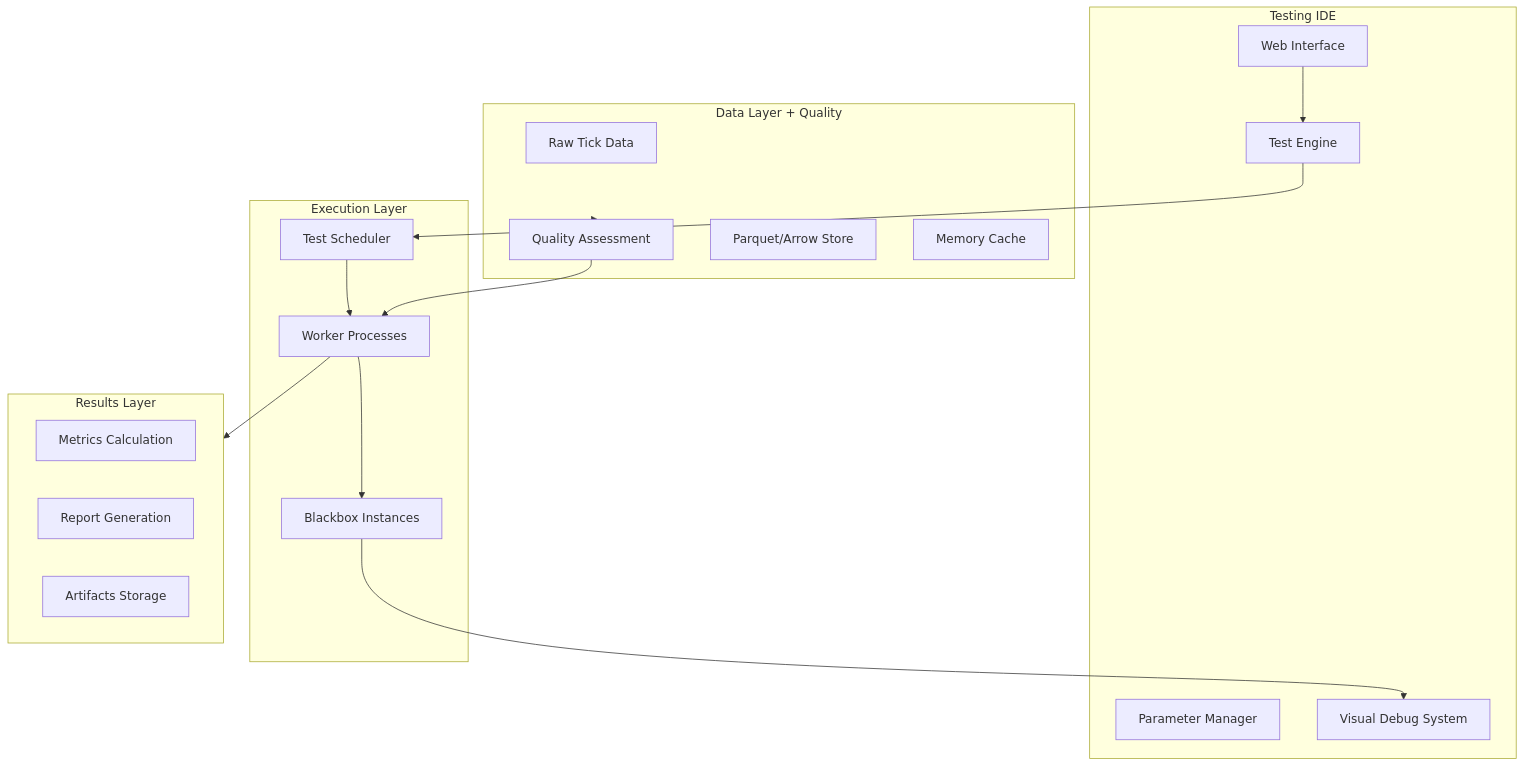
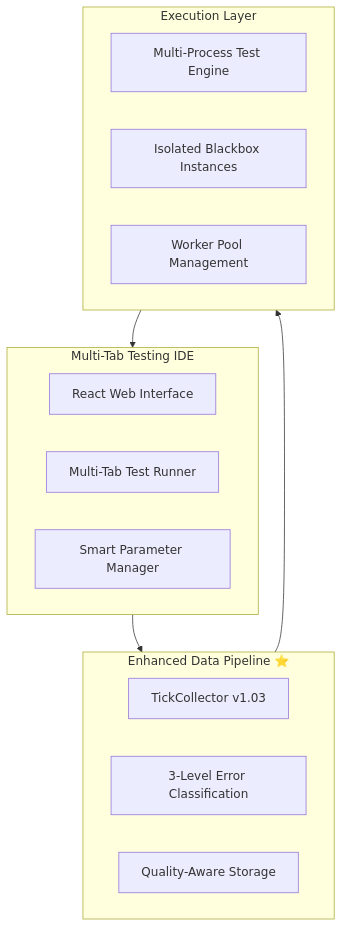
Before and after one commit to dc-deal/FiniexTestingIDE: the diagram in docs/finiex-complete-documentation.md, drawn with Mermaid. The commit also changed other lines of this file, not shown here.

````diff
--- a/docs/finiex-complete-documentation.md
+++ b/docs/finiex-complete-documentation.md
@@ -54,37 +47,24 @@
 ```mermaid
 flowchart TB
-    subgraph IDE["Testing IDE"]
-        UI[Web Interface]
-        Engine[Test Engine]
-        Params[Parameter Manager]
-        Visual[Visual Debug System]
+    subgraph IDE["Multi-Tab Testing IDE"]
+        UI[React Web Interface]
+        TabSystem[Multi-Tab Test Runner]
+        ParamMgr[Smart Parameter Manager]
     end
     
-    subgraph Data["Data Layer + Quality"]
-        Raw[Raw Tick Data]
-        QualityCheck[Quality Assessment]
-        Processed[Parquet/Arrow Store]
-        Cache[Memory Cache]
+    subgraph DataPipeline["Enhanced Data Pipeline ⭐"]
+        MQL5[TickCollector v1.03]
+        QualityCheck[3-Level Error Classification]
+        Parquet[Quality-Aware Storage]
     end
     
     subgraph Execution["Execution Layer"]
-        Scheduler[Test Scheduler]
-        Workers[Worker Processes]
-        BB[Blackbox Instances]
+        Engine[Multi-Process Test Engine]
+        Blackboxes[Isolated Blackbox Instances]
+        Workers[Worker Pool Management]
     end
     
-    subgraph Results["Results Layer"]
-        Metrics[Metrics Calculation]
-        Reports[Report Generation]
-        Artifacts[Artifacts Storage]
-    end
-    
-    UI --> Engine
-    Engine --> Scheduler
-    Scheduler --> Workers
-    Workers --> BB
-    BB --> Visual
-    Data --> QualityCheck
-    QualityCheck --> Workers
-    Workers --> Results
+    IDE --> DataPipeline
+    DataPipeline --> Execution
+    Execution --> IDE
 ```
````
